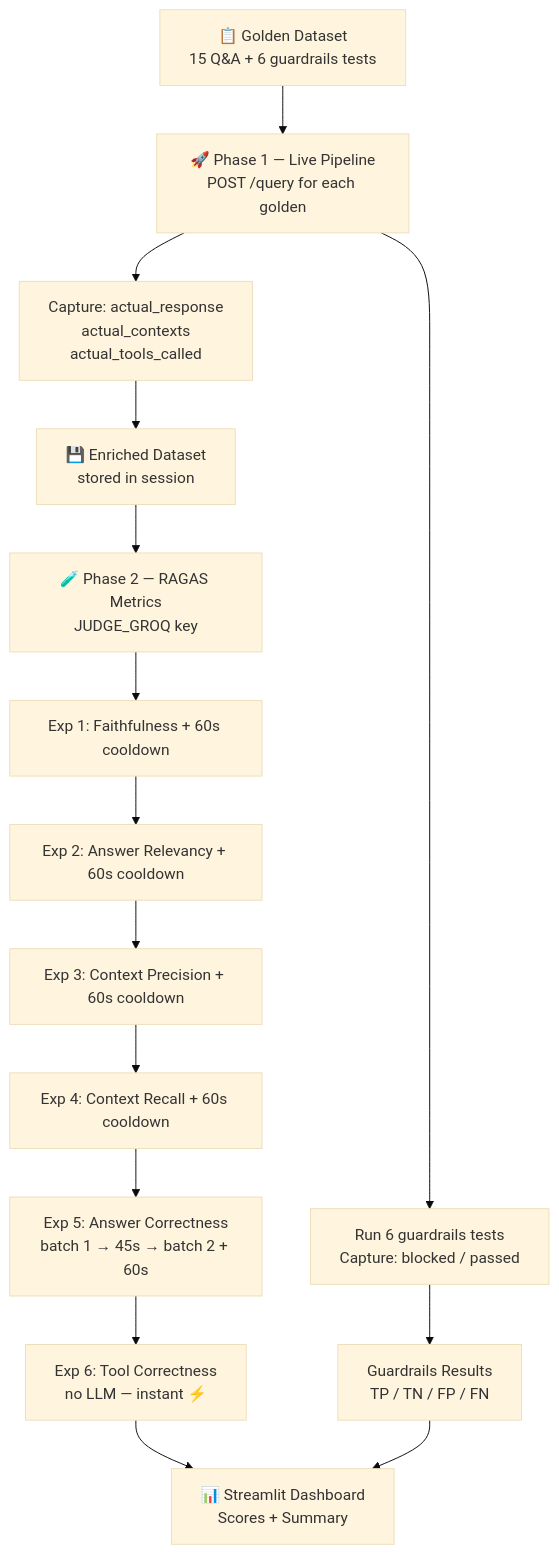
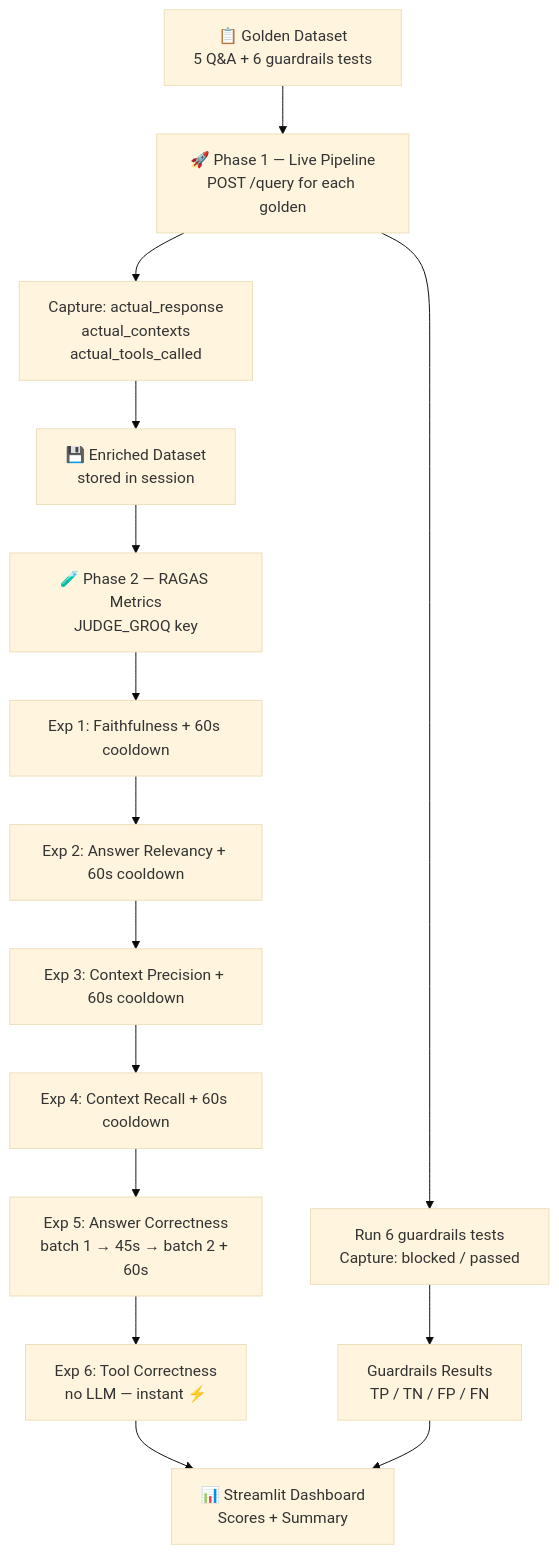
One commit to MuhammadUmerKhan/portfolio-web-bot changed the diagram in docs/12_EVALS_PIPELINE.md. Above: the diagram before and after it, drawn with Mermaid (base theme). The commit also changed other lines of this file and 5 other files, not shown here.

````diff
--- a/docs/12_EVALS_PIPELINE.md
+++ b/docs/12_EVALS_PIPELINE.md
@@ -79,22 +81,22 @@
 ```mermaid
 flowchart TD
-    A[📋 Golden Dataset\n15 Q&A + 6 guardrails tests] --> B
+    A[📋 Golden Dataset\n5 Q&A + 6 guardrails tests] --> B
 
     B[🚀 Phase 1 — Live Pipeline\nPOST /query for each golden]
     B --> C[Capture: actual_response\nactual_contexts\nactual_tools_called]
     B --> D[Run 6 guardrails tests\nCapture: blocked / passed]
 
     C --> E[💾 Enriched Dataset\nstored in session]
     D --> F[Guardrails Results\nTP / TN / FP / FN]
 
     E --> G[🧪 Phase 2 — RAGAS Metrics\nJUDGE_GROQ key]
     G --> H[Exp 1: Faithfulness + 60s cooldown]
     H --> I[Exp 2: Answer Relevancy + 60s cooldown]
     I --> J[Exp 3: Context Precision + 60s cooldown]
     J --> K[Exp 4: Context Recall + 60s cooldown]
     K --> L[Exp 5: Answer Correctness\nbatch 1 → 45s → batch 2 + 60s]
     L --> M[Exp 6: Tool Correctness\nno LLM — instant ⚡]
 
     M --> N[📊 Streamlit Dashboard\nScores + Summary]
     F --> N
 ```
````
